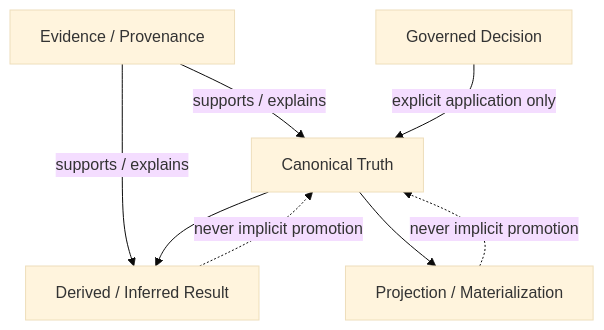
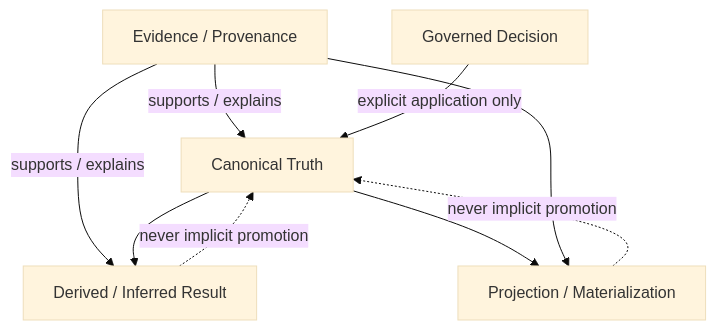
One commit to miumigy/scm-ontology changed the second of 4 diagrams in docs/architecture/current-architecture.md. Above: the diagram before and after it, drawn with Mermaid (base theme). The commit also changed other lines of this file, not shown here.

Commit message:
docs(s323): update architecture for evidence-aware projections

````diff
--- a/docs/architecture/current-architecture.md
+++ b/docs/architecture/current-architecture.md
@@ -87,17 +92,18 @@
 ```mermaid
 flowchart TB
     CT[Canonical Truth]
     EV[Evidence / Provenance]
     DR[Derived / Inferred Result]
     PR[Projection / Materialization]
     GOV[Governed Decision]
 
     EV -->|supports / explains| CT
     EV -->|supports / explains| DR
     CT --> DR
     CT --> PR
+    EV --> PR
     GOV -->|explicit application only| CT
 
     DR -. never implicit promotion .-> CT
     PR -. never implicit promotion .-> CT
 ```
````
